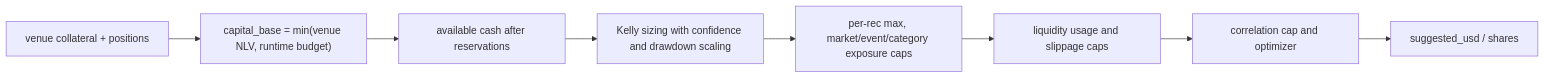
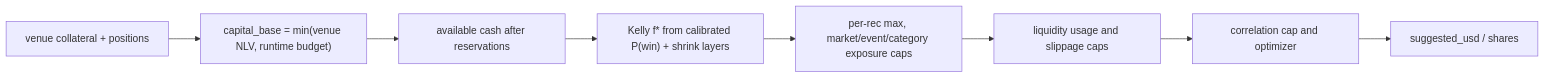
One commit to solomon-ssy/oxide-arb changed the third of 3 diagrams in docs/operations/runbook.md. Above: the diagram before and after it, drawn with Mermaid. The commit also changed other lines of this file and 65 other files, not shown here.

Commit message:
feat(core,research,models,repository,web): 🎯 Phase 11.3 follow-up — resolution Kelly from win_probability, intent calibration TOCTOU recheck, and BiasTableFit rename

````diff
--- a/docs/operations/runbook.md
+++ b/docs/operations/runbook.md
@@ -1063,10 +1067,10 @@
 ```mermaid
 flowchart LR
     A["venue collateral + positions"] --> B["capital_base = min(venue NLV, runtime budget)"]
     B --> C["available cash after reservations"]
-    C --> D["Kelly sizing with confidence and drawdown scaling"]
+    C --> D["Kelly f* from calibrated P(win) + shrink layers"]
     D --> E["per-rec max, market/event/category exposure caps"]
     E --> F["liquidity usage and slippage caps"]
     F --> G["correlation cap and optimizer"]
     G --> H["suggested_usd / shares"]
 ```
````
